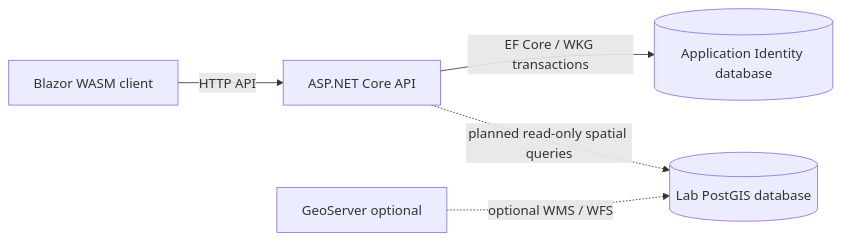
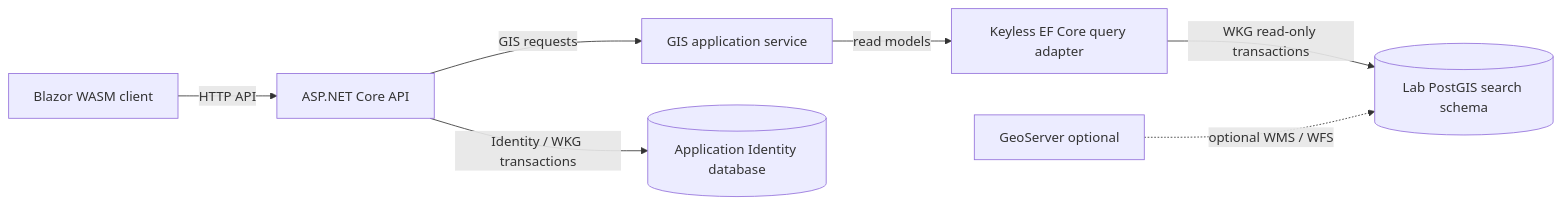
One commit to frederik-hoeft/min-swa-geosearch changed the diagram in docs/architecture.md. Above: the diagram before and after it, drawn with Mermaid. The commit also changed other lines of this file and 24 other files, not shown here.

````diff
--- a/docs/architecture.md
+++ b/docs/architecture.md
@@ -9,12 +9,16 @@
 ```mermaid
 flowchart LR
     Browser[Blazor WASM client]
     Api[ASP.NET Core API]
+    Search[GIS application service]
+    Read[Keyless EF Core query adapter]
     Identity[(Application Identity database)]
-    Spatial[(Lab PostGIS database)]
+    Spatial[(Lab PostGIS search schema)]
     GeoServer[GeoServer optional]
     Browser -->|HTTP API| Api
-    Api -->|EF Core / WKG transactions| Identity
-    Api -.->|planned read-only spatial queries| Spatial
+    Api -->|GIS requests| Search
+    Search -->|read models| Read
+    Read -->|WKG read-only transactions| Spatial
+    Api -->|Identity / WKG transactions| Identity
     GeoServer -.->|optional WMS / WFS| Spatial
 ```
````
